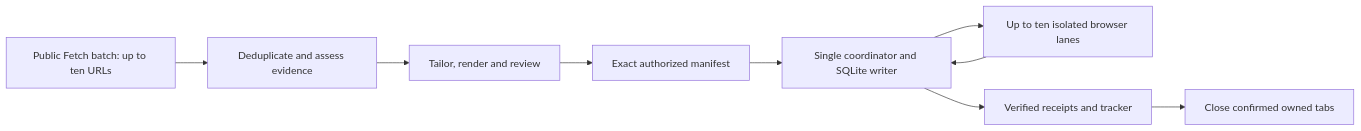
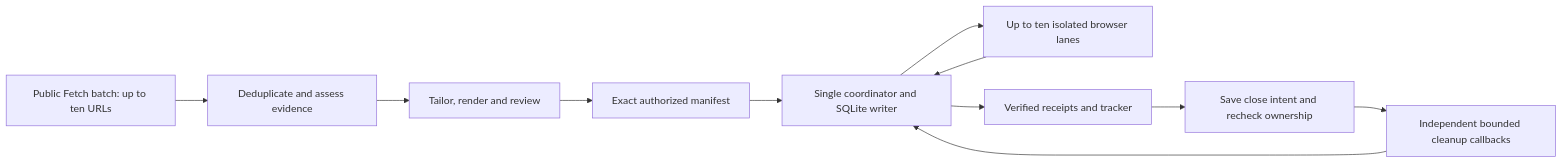
The diagram in docs/PARALLEL_APPLICATIONS.md (DUYTRUYENTHONG/vietnam-career-agent-kit), drawn with Mermaid before and after one commit. The commit also changed other lines of this file and 10 other files, not shown here.

````diff
--- a/docs/PARALLEL_APPLICATIONS.md
+++ b/docs/PARALLEL_APPLICATIONS.md
@@ -22,11 +46,13 @@
 ```mermaid
 flowchart LR
   R[Public Fetch batch: up to ten URLs] --> D[Deduplicate and assess evidence]
   D --> P[Tailor, render and review]
   P --> M[Exact authorized manifest]
   M --> C[Single coordinator and SQLite writer]
   C --> B[Up to ten isolated browser lanes]
   B --> C
   C --> T[Verified receipts and tracker]
-  T --> X[Close confirmed owned tabs]
+  T --> I[Save close intent and recheck ownership]
+  I --> X[Independent bounded cleanup callbacks]
+  X --> C
 ```
````
